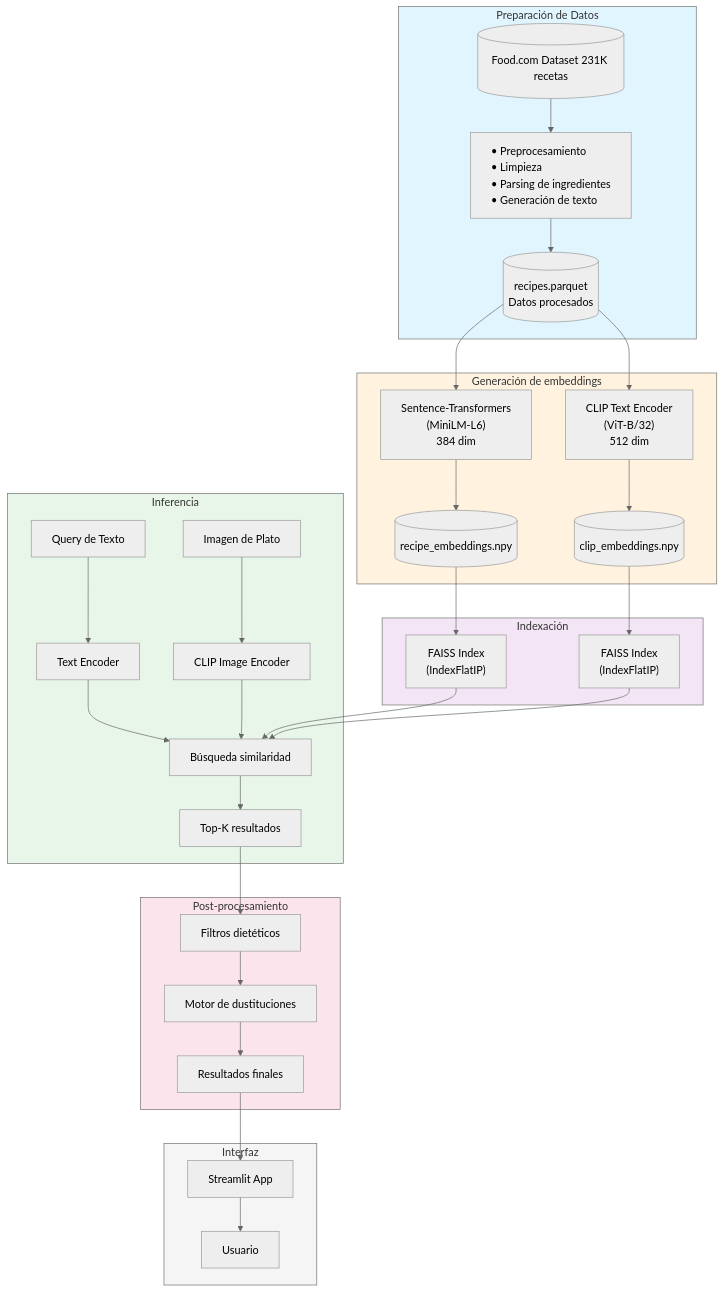
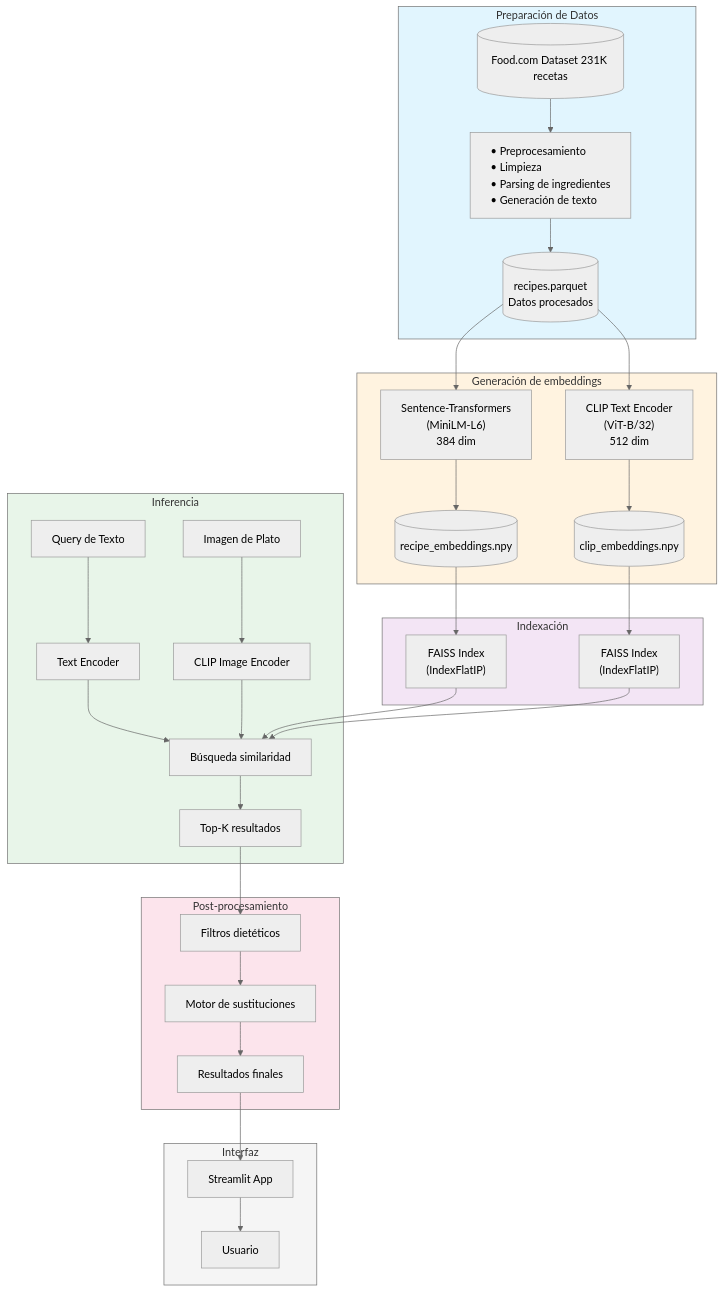
Before and after one commit to martinbrocca/CEIA-VIT: the first of 2 diagrams in README.md, drawn with Mermaid (neutral theme).

Commit message:
Arreglos al ReadMe

````diff
--- a/README.md
+++ b/README.md
@@ -15,47 +15,47 @@
 ```mermaid
 flowchart TB
     subgraph DATOS[" Preparación de Datos"]
         A[("Food.com Dataset 231K recetas")] --> B["<div style='text-align:left;'>• Preprocesamiento<br>• Limpieza<br>• Parsing de ingredientes<br>• Generación de texto</div>"]
         B --> C[("recipes.parquet<br>Datos procesados")]
     end
 
     subgraph EMBEDDINGS[" Generación de embeddings"]
         C --> D["Sentence-Transformers<br>(MiniLM-L6)<br>384 dim"]
         C --> E["CLIP Text Encoder<br>(ViT-B/32)<br>512 dim"]
         D --> F[("recipe_embeddings.npy")]
         E --> G[("clip_embeddings.npy")]
     end
 
     subgraph INDEX[" Indexación"]
         F --> H["FAISS Index<br>(IndexFlatIP)"]
         G --> I["FAISS Index<br>(IndexFlatIP)"]
     end
 
     subgraph INFERENCE[" Inferencia"]
         J["Query de Texto"] --> K["Text Encoder"]
         L["Imagen de Plato"] --> M["CLIP Image Encoder"]
         K --> N["Búsqueda similaridad"]
         M --> N
         H --> N
         I --> N
         N --> O["Top-K resultados"]
     end
 
     subgraph POSTPROCESS[" Post-procesamiento"]
         O --> P["Filtros dietéticos"]
-        P --> Q["Motor de dustituciones"]
+        P --> Q["Motor de sustituciones"]
         Q --> R["Resultados finales"]
     end
 
     subgraph UI[" Interfaz"]
         R --> S["Streamlit App"]
         S --> T["Usuario"]
     end
 
     style DATOS fill:#e1f5fe
     style EMBEDDINGS fill:#fff3e0
     style INDEX fill:#f3e5f5
     style INFERENCE fill:#e8f5e9
     style POSTPROCESS fill:#fce4ec
     style UI fill:#f5f5f5
 ```
````
